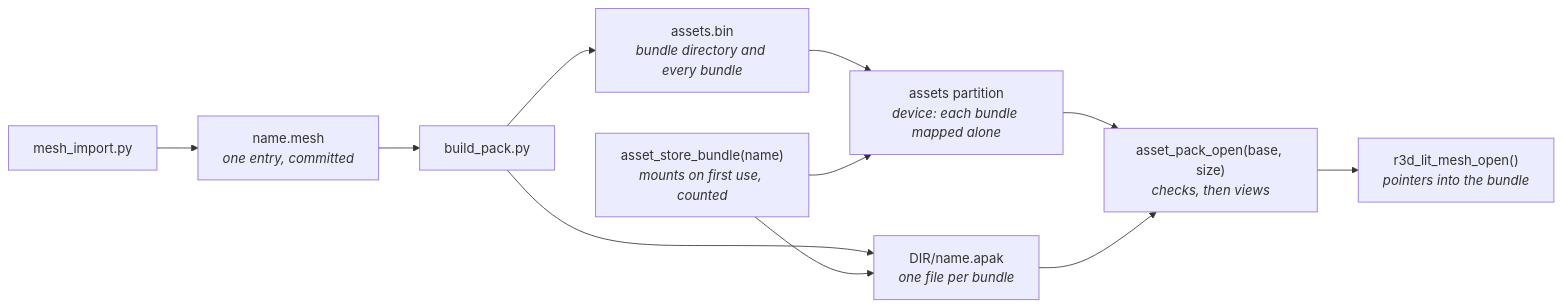
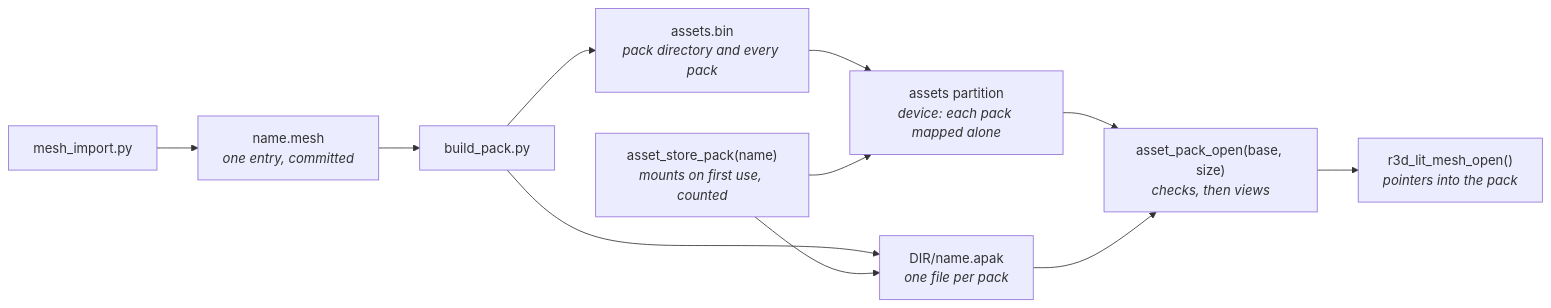
Before and after one commit to jose-villegas/autana: the diagram in docs/assets/README.md, drawn with Mermaid. The commit also changed other lines of this file and 59 other files, not shown here.

````diff
--- a/docs/assets/README.md
+++ b/docs/assets/README.md
@@ -10,13 +10,13 @@
 ```mermaid
 flowchart LR
     Import["mesh_import.py"] --> Entry["name.mesh<br/><i>one entry, committed</i>"]
     Entry --> Build["build_pack.py"]
-    Build --> Files["DIR/name.apak<br/><i>one file per bundle</i>"]
-    Build --> Image["assets.bin<br/><i>bundle directory and every bundle</i>"]
-    Image --> Flash["assets partition<br/><i>device: each bundle mapped alone</i>"]
-    Store["asset_store_bundle(name)<br/><i>mounts on first use, counted</i>"] --> Flash
+    Build --> Files["DIR/name.apak<br/><i>one file per pack</i>"]
+    Build --> Image["assets.bin<br/><i>pack directory and every pack</i>"]
+    Image --> Flash["assets partition<br/><i>device: each pack mapped alone</i>"]
+    Store["asset_store_pack(name)<br/><i>mounts on first use, counted</i>"] --> Flash
     Store --> Files
     Flash --> Open["asset_pack_open(base, size)<br/><i>checks, then views</i>"]
     Files --> Open
-    Open --> View["r3d_lit_mesh_open()<br/><i>pointers into the bundle</i>"]
+    Open --> View["r3d_lit_mesh_open()<br/><i>pointers into the pack</i>"]
 ```
````
